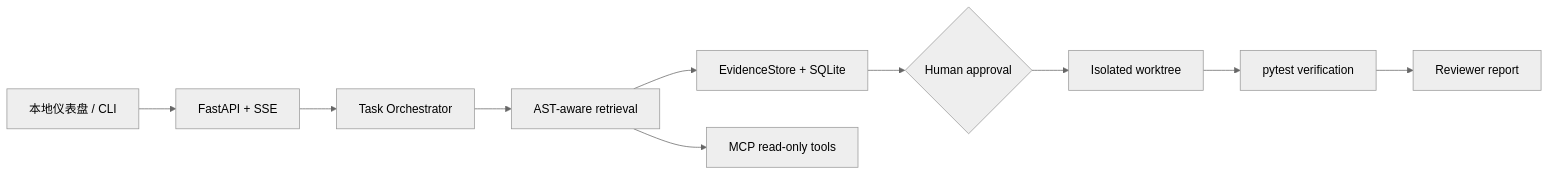
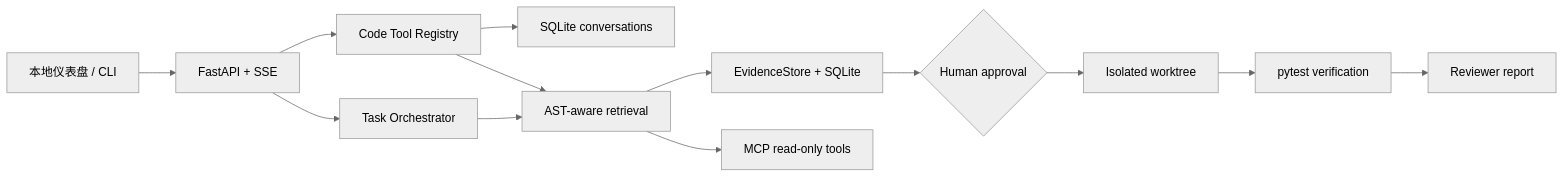
Before and after one commit to zmh2245749337/repopilot-agent: the diagram in README.md, drawn with Mermaid (neutral theme). The commit also changed other lines of this file and 21 other files, not shown here.

````diff
--- a/README.md
+++ b/README.md
@@ -9,12 +9,15 @@
 ```mermaid
 flowchart LR
     UI["本地仪表盘 / CLI"] --> API["FastAPI + SSE"]
+    API --> CHAT["Code Tool Registry"]
+    CHAT --> CHATDB["SQLite conversations"]
+    CHAT --> RET
     API --> ORCH["Task Orchestrator"]
     ORCH --> RET["AST-aware retrieval"]
     RET --> EVID["EvidenceStore + SQLite"]
     EVID --> GATE{"Human approval"}
     GATE --> WORK["Isolated worktree"]
     WORK --> TEST["pytest verification"]
     TEST --> REVIEW["Reviewer report"]
     RET --> MCP["MCP read-only tools"]
 ```
````
